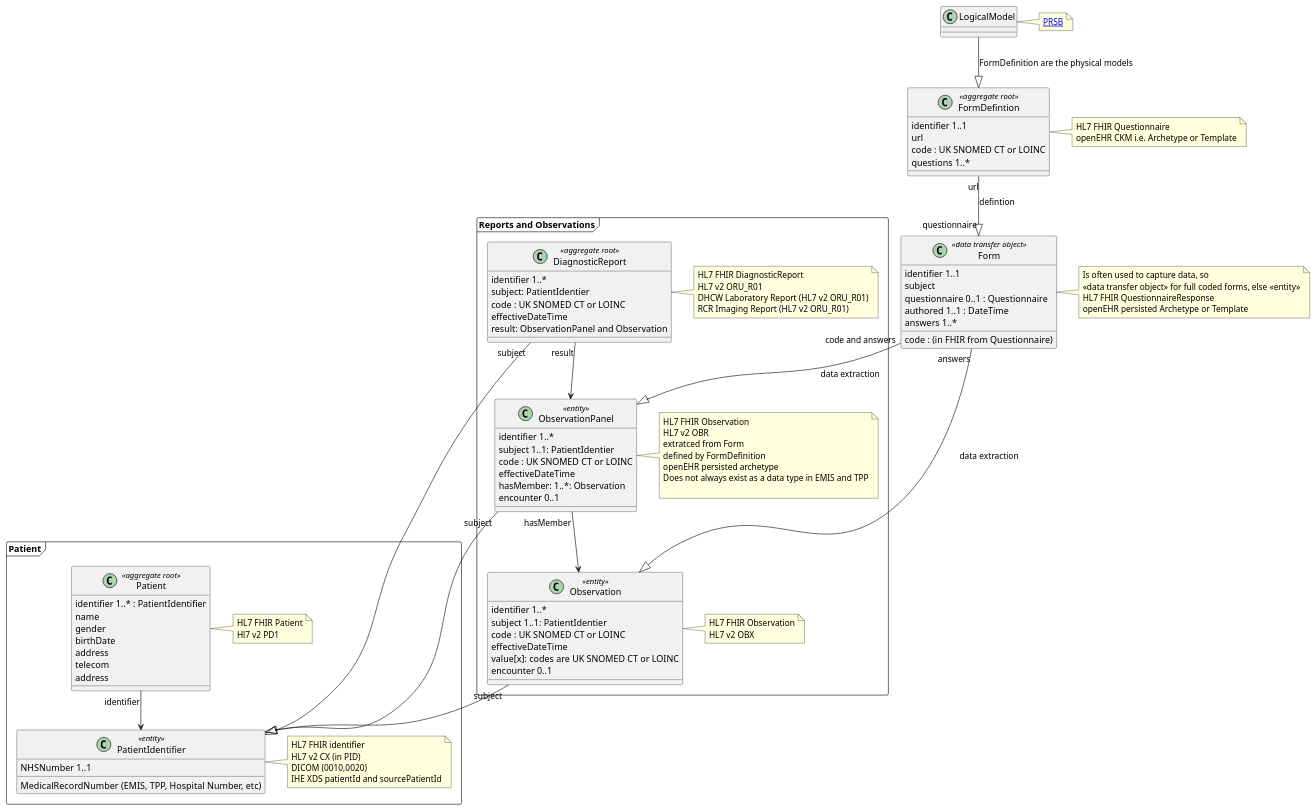
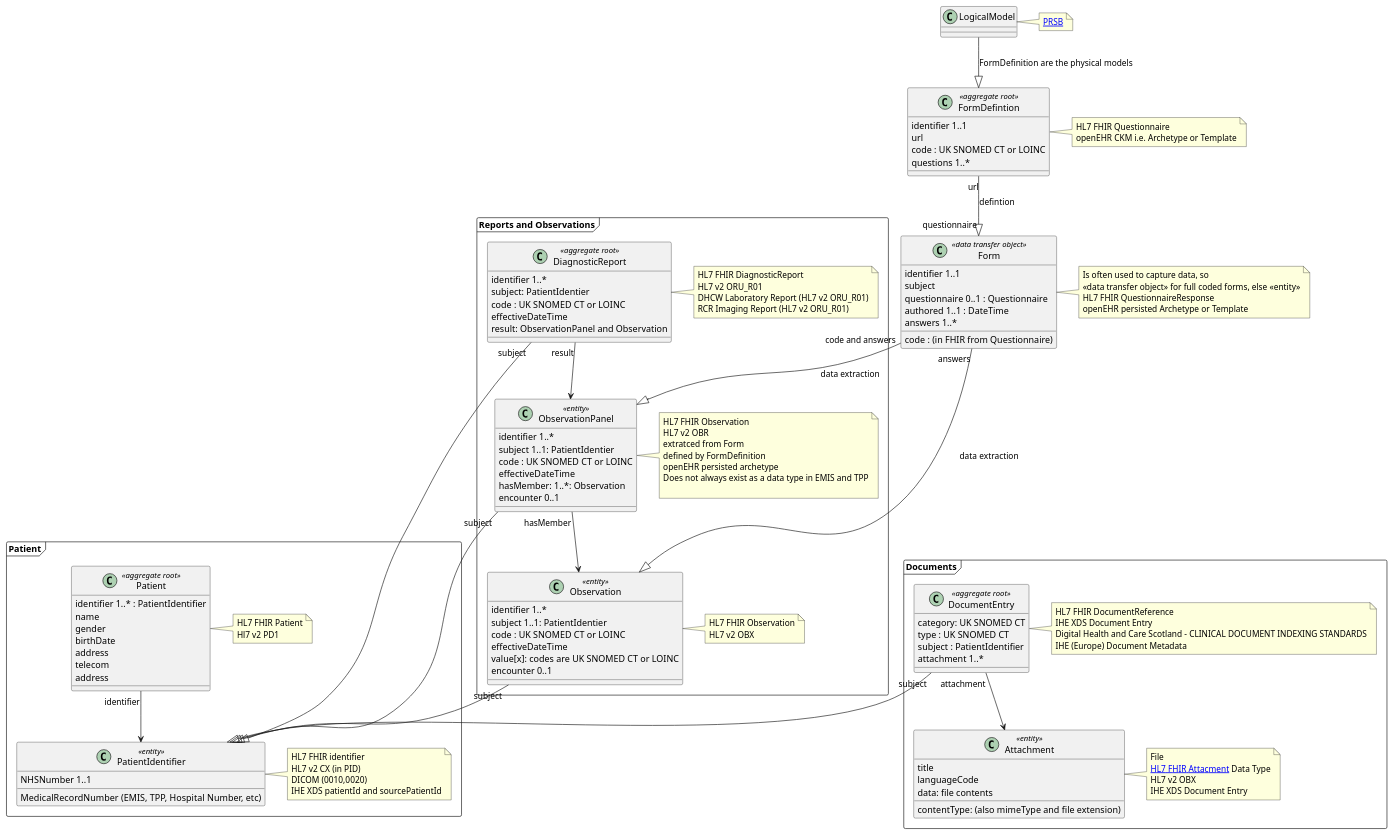
One commit to KevinMayfield/VirtuallyHealthcare changed the diagram in input/images-source/entity-model.plantuml. Above: the diagram before and after it, drawn with PlantUML.

Commit message:
Improved model

```diff
--- a/input/images-source/entity-model.plantuml
+++ b/input/images-source/entity-model.plantuml
@@ -1,128 +1,158 @@
 @startuml
 
 frame PD1 as "Patient" {
 class Patient <<aggregate root>> {
 identifier 1..* : PatientIdentifier
 name
 gender
 birthDate
 address
 telecom
 address
 }
 note right
 HL7 FHIR Patient
 Hl7 v2 PD1
 end note
 
 class PatientIdentifier <<entity>> {
 NHSNumber 1..1
 MedicalRecordNumber (EMIS, TPP, Hospital Number, etc)
 }
 note right
 HL7 FHIR identifier
 HL7 v2 CX (in PID)
 DICOM (0010,0020)
 IHE XDS patientId and sourcePatientId
 end note
 }
 
 frame Report as "Reports and Observations" {
 class Observation <<entity>> {
 identifier 1..*
 subject 1..1: PatientIdentier
 code : UK SNOMED CT or LOINC
 effectiveDateTime
 value[x]: codes are UK SNOMED CT or LOINC
 encounter 0..1
 }
 note right
 HL7 FHIR Observation
 HL7 v2 OBX
 end note
 
 
 class ObservationPanel <<entity>> {
 identifier 1..*
 subject 1..1: PatientIdentier
 code : UK SNOMED CT or LOINC
 effectiveDateTime
 hasMember: 1..*: Observation
 encounter 0..1
 }
 note right
 HL7 FHIR Observation
 HL7 v2 OBR
 extratced from Form
 defined by FormDefinition
 openEHR persisted archetype
 Does not always exist as a data type in EMIS and TPP
 
 end note
 
 class DiagnosticReport <<aggregate root>> {
 identifier 1..*
 subject: PatientIdentier
 code : UK SNOMED CT or LOINC
 effectiveDateTime
 result: ObservationPanel and Observation
 }
 note right
 HL7 FHIR DiagnosticReport
 HL7 v2 ORU_R01
 DHCW Laboratory Report (HL7 v2 ORU_R01)
 RCR Imaging Report (HL7 v2 ORU_R01)
 end note
 }
 
 class Form <<data transfer object>> {
 identifier 1..1
 subject
 questionnaire 0..1 : Questionnaire
 code : (in FHIR from Questionnaire)
 authored 1..1 : DateTime
 answers 1..*
 }
 note right
 Is often used to capture data, so
 <<data transfer object>> for full coded forms, else <<entity>>
 HL7 FHIR QuestionnaireResponse
 openEHR persisted Archetype or Template
 end note
 
 
 class FormDefintion <<aggregate root>> {
 identifier 1..1
 url
 code : UK SNOMED CT or LOINC
 questions 1..*
 }
 note right
 HL7 FHIR Questionnaire
 openEHR CKM i.e. Archetype or Template
 end note
 
 
 class LogicalModel {
 
 }
 note right
 [[https://theprsb.org/standards/ PRSB]]
 end note
 
+frame Documents {
 
+class Attachment <<entity>> {
+contentType: (also mimeType and file extension)
+title
+languageCode
+data: file contents
+}
+note right
+File
+[[https://hl7.org/fhir/R4/datatypes.html#Attachment HL7 FHIR Attacment]] Data Type
+HL7 v2 OBX
+IHE XDS Document Entry
+end note
+
+class DocumentEntry <<aggregate root>> {
+category: UK SNOMED CT
+type : UK SNOMED CT
+subject : PatientIdentifier
+attachment 1..*
+}
+note right
+HL7 FHIR DocumentReference
+IHE XDS Document Entry
+Digital Health and Care Scotland - CLINICAL DOCUMENT INDEXING STANDARDS
+IHE (Europe) Document Metadata
+end note
+
+}
 
 
 
 
 Patient "identifier" --> PatientIdentifier
 DiagnosticReport "result" --> ObservationPanel
 ObservationPanel "hasMember" --> Observation
 Observation "subject" --|> PatientIdentifier
 ObservationPanel "subject" --|> PatientIdentifier
 DiagnosticReport "subject" --|> PatientIdentifier
+DocumentEntry "subject" --|> PatientIdentifier
+DocumentEntry "attachment" --> Attachment
 Form "answers" --|> Observation : data extraction
 Form "code and answers" --|> ObservationPanel: data extraction
 FormDefintion "url" --|> "questionnaire" Form : defintion
 LogicalModel --|> FormDefintion: FormDefinition are the physical models
 @enduml
```
